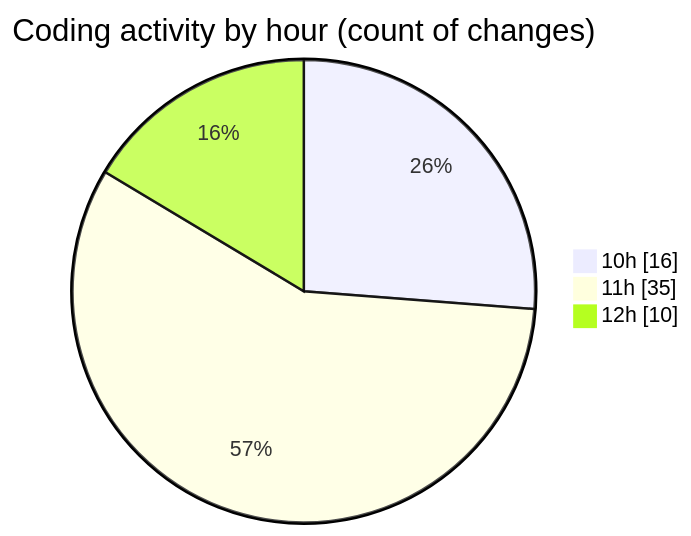
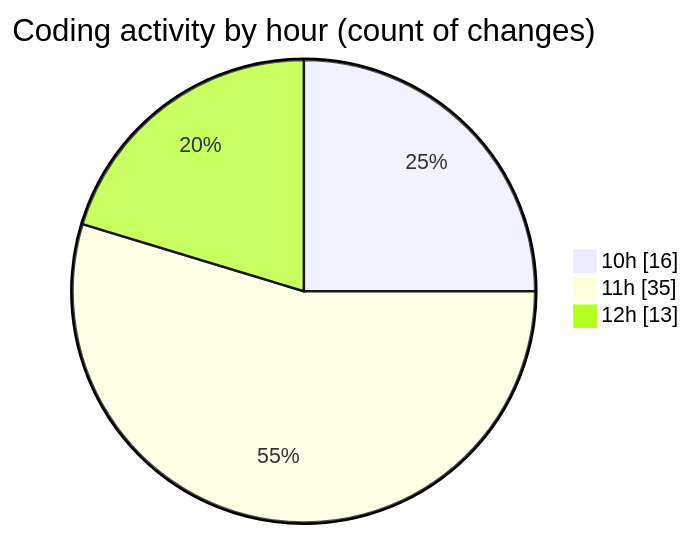
One commit to charlie-sans/code-tracking changed the second of 2 diagrams in 2025-02-20/micros/README.md. Above: the diagram before and after it, drawn with Mermaid. The commit also changed other lines of this file and 1 other file, not shown here.

````diff
--- a/2025-02-20/micros/README.md
+++ b/2025-02-20/micros/README.md
@@ -48,7 +48,7 @@
 ```mermaid
 pie showData
 title Coding activity by hour (count of changes)
 "10h" : 16
 "11h" : 35
-"12h" : 10
+"12h" : 13
 ```
````
